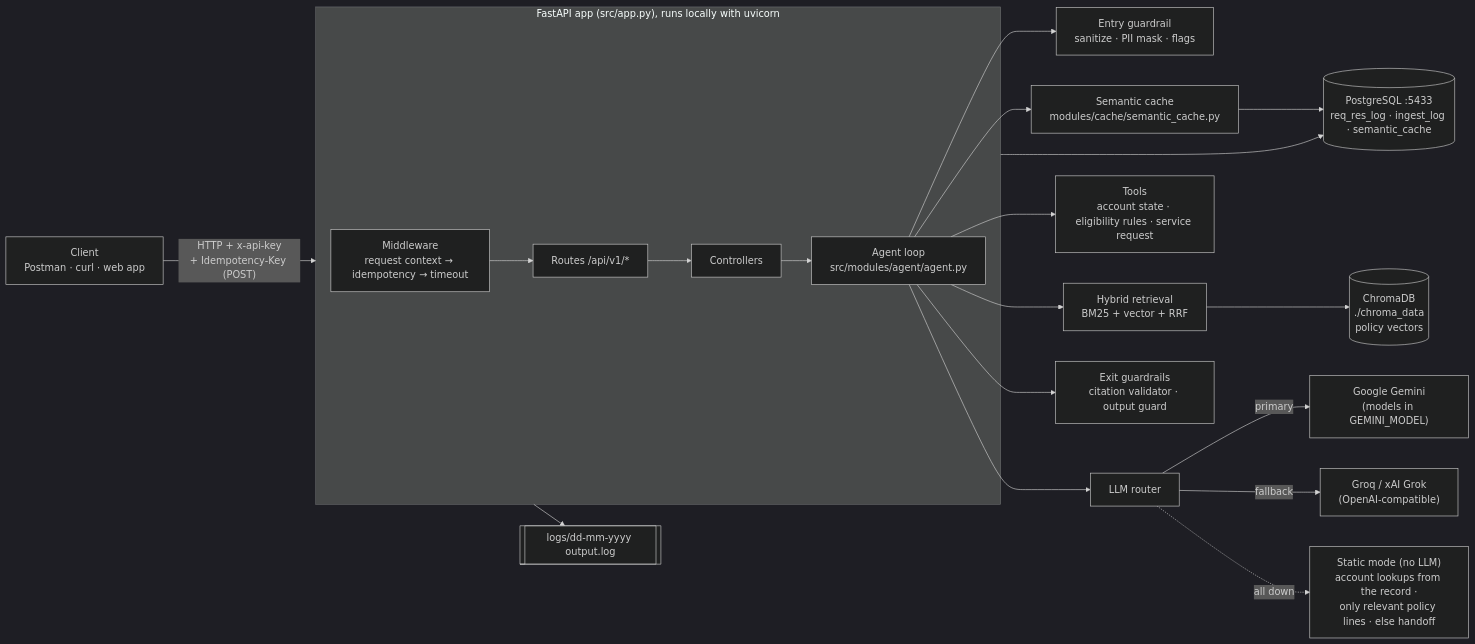
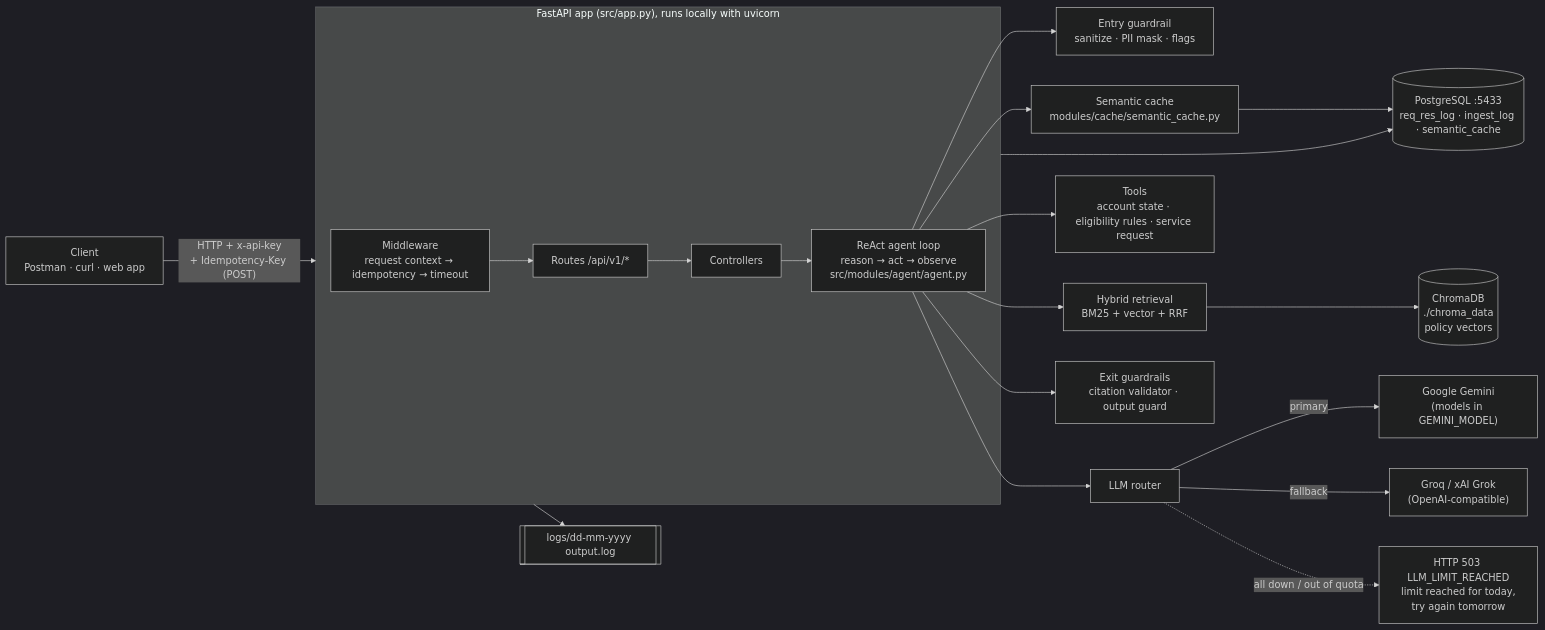
The first of 11 diagrams in docs/ARCHITECTURE.md (annu8932091318/Grounded-Card-RAG), drawn with Mermaid (dark theme) before and after one commit. The commit also changed other lines of this file and 27 other files, not shown here.

````diff
--- a/docs/ARCHITECTURE.md
+++ b/docs/ARCHITECTURE.md
@@ -8,25 +8,25 @@
 ```mermaid
 flowchart LR
     client["Client<br/>Postman · curl · web app"] -->|"HTTP + x-api-key<br/>+ Idempotency-Key (POST)"| api
 
     subgraph api["FastAPI app (src/app.py), runs locally with uvicorn"]
         mw["Middleware<br/>request context → idempotency → timeout"] --> routes["Routes /api/v1/*"] --> ctrl["Controllers"]
-        ctrl --> agent["Agent loop<br/>src/modules/agent/agent.py"]
+        ctrl --> agent["ReAct agent loop<br/>reason → act → observe<br/>src/modules/agent/agent.py"]
     end
 
     agent --> guard_in["Entry guardrail<br/>sanitize · PII mask · flags"]
     agent --> cache["Semantic cache<br/>modules/cache/semantic_cache.py"]
     agent --> retr["Hybrid retrieval<br/>BM25 + vector + RRF"]
     agent --> tools["Tools<br/>account state · eligibility rules · service request"]
     agent --> router["LLM router"]
     agent --> guard_out["Exit guardrails<br/>citation validator · output guard"]
 
     retr --> chroma[("ChromaDB<br/>./chroma_data<br/>policy vectors")]
     router -->|primary| gemini["Google Gemini<br/>(models in GEMINI_MODEL)"]
     router -->|fallback| groq["Groq / xAI Grok<br/>(OpenAI-compatible)"]
-    router -.->|all down| static["Static mode (no LLM)<br/>account lookups from the record ·<br/>only relevant policy lines · else handoff"]
+    router -.->|all down / out of quota| nollm["HTTP 503 LLM_LIMIT_REACHED<br/>limit reached for today,<br/>try again tomorrow"]
 
     cache --> pg
     api --> pg[("PostgreSQL :5433<br/>req_res_log · ingest_log · semantic_cache")]
     api --> logs[["logs/dd-mm-yyyy output.log"]]
 ```
````
